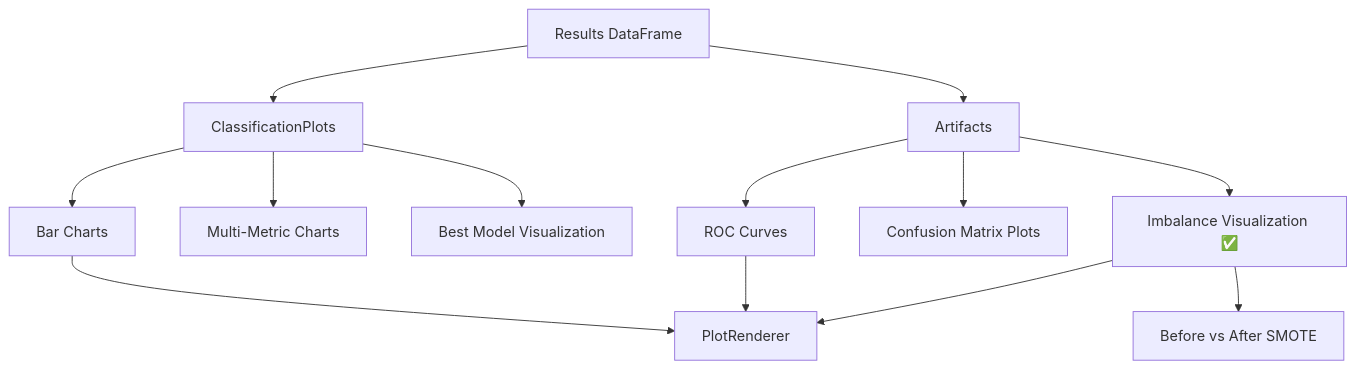
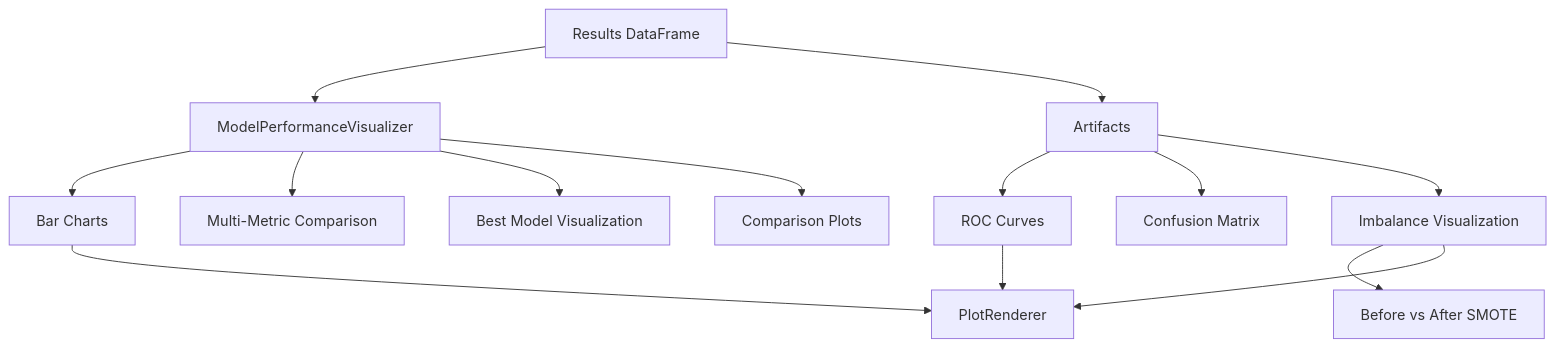
One commit to abhinavssingh/python-learnings changed the fifth of 6 diagrams in lib/utility/machinelearning/README.md. Above: the diagram before and after it, drawn with Mermaid. The commit also changed other lines of this file and 13 other files, not shown here.

````diff
--- a/lib/utility/machinelearning/README.md
+++ b/lib/utility/machinelearning/README.md
@@ -154,21 +171,23 @@
 ```mermaid
 flowchart TD
 
-    A[Results DataFrame] --> B[ClassificationPlots]
+    A[Results DataFrame] --> B[ModelPerformanceVisualizer]
 
     B --> C[Bar Charts]
-    B --> D[Multi-Metric Charts]
+    B --> D[Multi-Metric Comparison]
     B --> E[Best Model Visualization]
 
     A --> F[Artifacts]
 
     F --> G[ROC Curves]
-    F --> H[Confusion Matrix Plots]
-    F --> I[Imbalance Visualization ✅]
+    F --> H[Confusion Matrix]
+    F --> I[Imbalance Visualization]
 
     I --> I1[Before vs After SMOTE]
 
-    C --> J[PlotRenderer]
-    G --> J
-    I --> J
+    B --> J[Comparison Plots]
+
+    C --> K[PlotRenderer]
+    G --> K
+    I --> K
 ```
````
